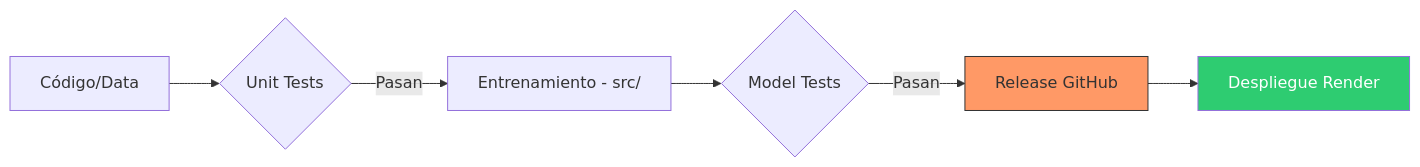
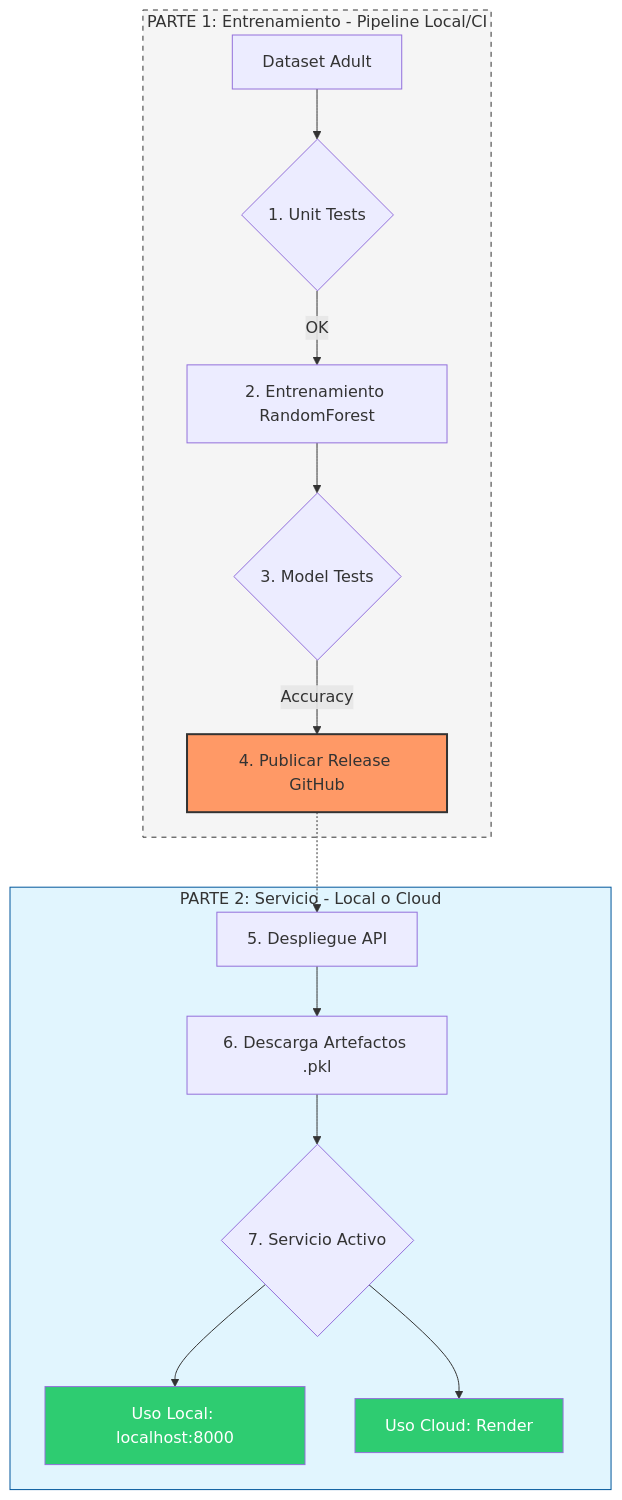
Before and after one commit to Iber1to/pontia-mlops-evaluacion-grupo3: the diagram in README.md, drawn with Mermaid. The commit also changed other lines of this file, not shown here.

````diff
--- a/README.md
+++ b/README.md
@@ -51,11 +75,24 @@
 ```mermaid
-graph LR
-    A[Código/Data] --> B{Unit Tests}
-    B -- Pasan --> C[Entrenamiento - src/]
-    C --> D{Model Tests}
-    D -- Pasan --> E[Release GitHub]
-    E --> F[Despliegue Render]
-    
-    style E fill:#f96,stroke:#333
-    style F fill:#2ecc71,color:#fff
+graph TD
+    subgraph Parte1 [PARTE 1: Entrenamiento - Pipeline Local/CI]
+        A[Dataset Adult] --> B{1. Unit Tests}
+        B -- OK --> C[2. Entrenamiento RandomForest]
+        C --> D{3. Model Tests}
+        D -- Accuracy --> E[4. Publicar Release GitHub]
+    end
+
+    subgraph Parte2 [PARTE 2: Servicio - Local o Cloud]
+        E -.-> F[5. Despliegue API]
+        F --> G[6. Descarga Artefactos .pkl]
+        G --> H{7. Servicio Activo}
+        H --> I[Uso Local: localhost:8000]
+        H --> J[Uso Cloud: Render]
+    end
+
+    %% Estilos
+    style E fill:#f96,stroke:#333,stroke-width:2px
+    style Parte1 fill:#f5f5f5,stroke:#333,stroke-dasharray: 5 5
+    style Parte2 fill:#e1f5fe,stroke:#01579b
+    style I fill:#2ecc71,color:#fff
+    style J fill:#2ecc71,color:#fff
 ```
````
